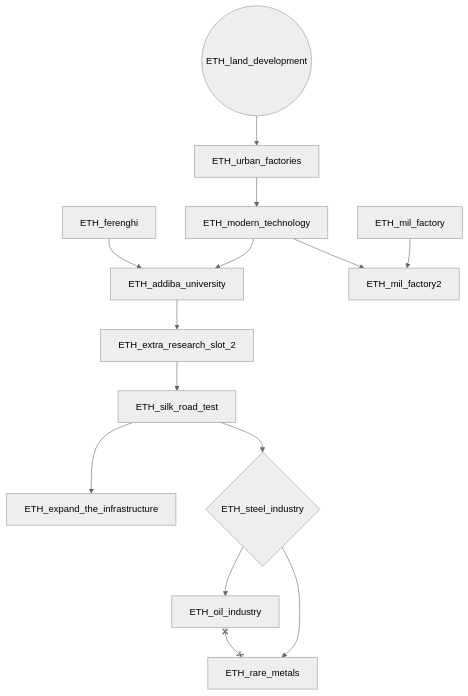
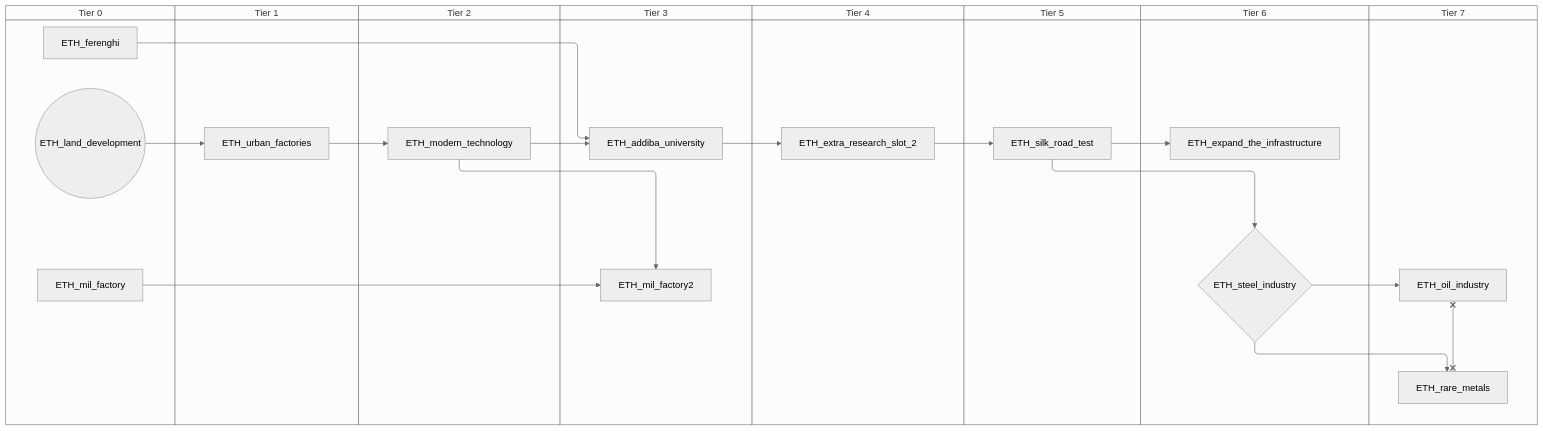
The third of 6 diagrams in docs/gdd/National Focuses/r56/r56_ethiopia.md (evgeny-sobol/hoi4-sandbox-mode-r56), drawn with Mermaid (neutral theme) before and after one commit. The commit also changed other lines of this file and 423 other files, not shown here.

First line of the commit message:
Re-export Rt56 focus trees as swimlane diagrams

````diff
--- a/docs/gdd/National Focuses/r56/r56_ethiopia.md
+++ b/docs/gdd/National Focuses/r56/r56_ethiopia.md
@@ -110,29 +146,45 @@
 ```mermaid
-flowchart TD
-    n7["ETH_addiba_university"]
-    n17["ETH_expand_the_infrastructure"]
-    n18["ETH_extra_research_slot_2"]
-    n2["ETH_ferenghi"]
-    n41(("ETH_land_development"))
-    n42["ETH_mil_factory"]
-    n43["ETH_mil_factory2"]
-    n27["ETH_modern_technology"]
-    n30["ETH_oil_industry"]
-    n35["ETH_rare_metals"]
-    n38["ETH_silk_road_test"]
-    n39{"ETH_steel_industry"}
-    n44["ETH_urban_factories"]
-    n27 --> n7
-    n2 --> n7
-    n38 --> n17
-    n7 --> n18
-    n42 --> n43
-    n27 --> n43
-    n44 --> n27
-    n39 --> n30
-    n39 --> n35
-    n18 --> n38
-    n38 --> n39
-    n41 --> n44
-    n30 x--x n35
+swimlane-beta TD
+    subgraph tier_0["Tier 0"]
+        n2["ETH_ferenghi"]
+        n41(("ETH_land_development"))
+        n42["ETH_mil_factory"]
+    end
+    subgraph tier_1["Tier 1"]
+        n43["ETH_urban_factories"]
+    end
+    subgraph tier_2["Tier 2"]
+        n8["ETH_modern_technology"]
+    end
+    subgraph tier_3["Tier 3"]
+        n15["ETH_addiba_university"]
+        n44["ETH_mil_factory2"]
+    end
+    subgraph tier_4["Tier 4"]
+        n20["ETH_extra_research_slot_2"]
+    end
+    subgraph tier_5["Tier 5"]
+        n26["ETH_silk_road_test"]
+    end
+    subgraph tier_6["Tier 6"]
+        n29["ETH_expand_the_infrastructure"]
+        n30{"ETH_steel_industry"}
+    end
+    subgraph tier_7["Tier 7"]
+        n32["ETH_oil_industry"]
+        n34["ETH_rare_metals"]
+    end
+    n8 --> n15
+    n2 --> n15
+    n26 --> n29
+    n15 --> n20
+    n42 --> n44
+    n8 --> n44
+    n43 --> n8
+    n30 --> n32
+    n30 --> n34
+    n20 --> n26
+    n26 --> n30
+    n41 --> n43
+    n32 x--x n34
 ```
````
